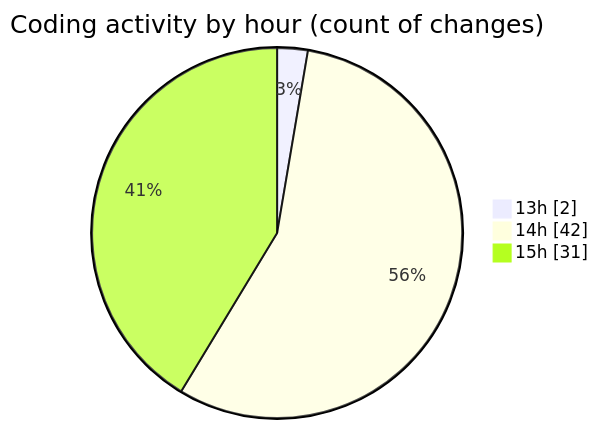
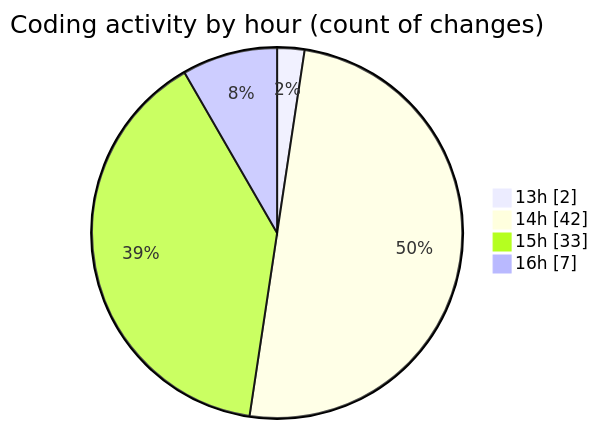
One commit to nxtqubesakshisongat/code-tracking changed the second of 2 diagrams in 2025-05-31/nxtqube_webapp/README.md. Above: the diagram before and after it, drawn with Mermaid. The commit also changed other lines of this file and 1 other file, not shown here.

````diff
--- a/2025-05-31/nxtqube_webapp/README.md
+++ b/2025-05-31/nxtqube_webapp/README.md
@@ -35,7 +35,8 @@
 ```mermaid
 pie showData
 title Coding activity by hour (count of changes)
 "13h" : 2
 "14h" : 42
-"15h" : 31
+"15h" : 33
+"16h" : 7
 ```
````
